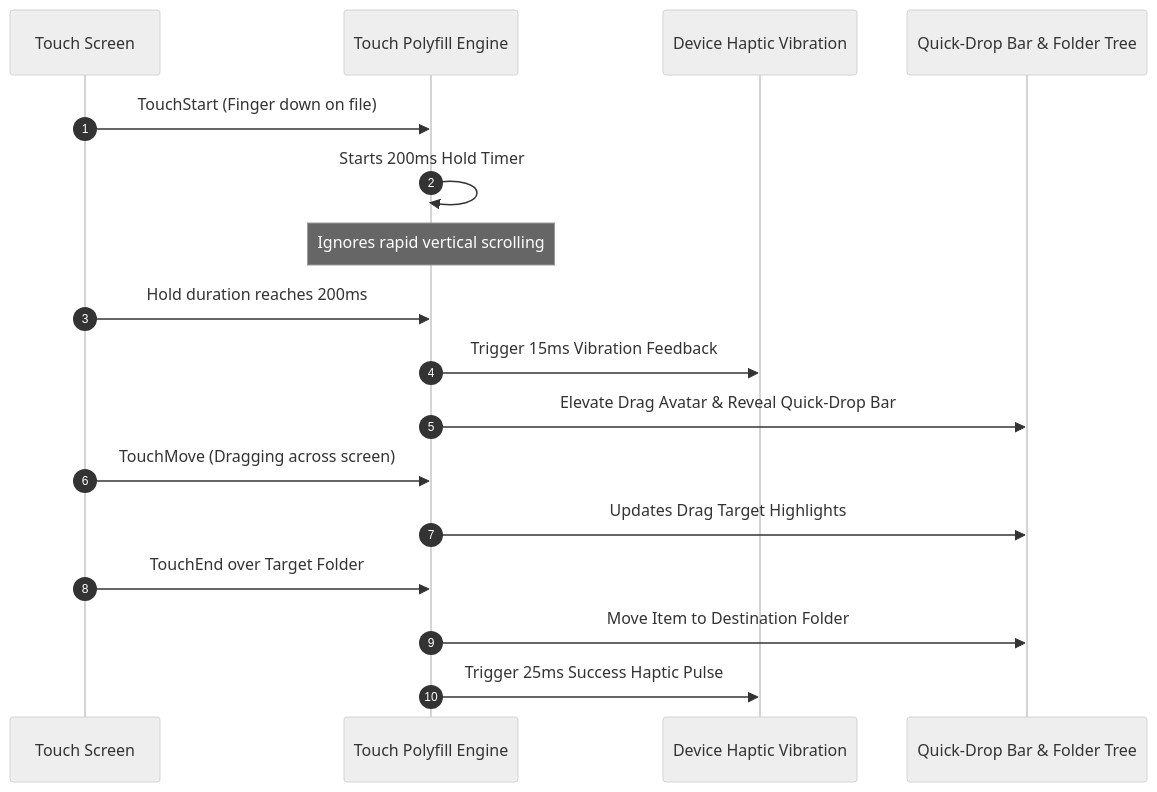
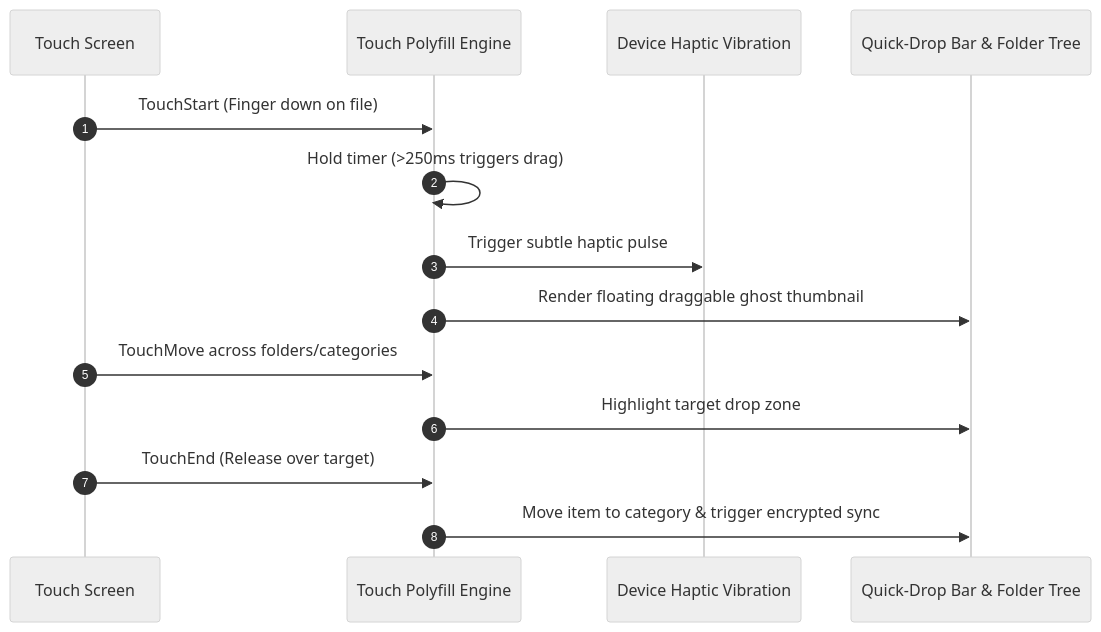
One commit to adadarsh23/vault changed the sixth of 6 diagrams in doc/client-features.md. Above: the diagram before and after it, drawn with Mermaid (neutral theme). The commit also changed other lines of this file and 2012 other files, not shown here.

````diff
--- a/doc/client-features.md
+++ b/doc/client-features.md
@@ -92,20 +213,17 @@
 ```mermaid
 sequenceDiagram
     autonumber
     participant Touch as Touch Screen
     participant Engine as Touch Polyfill Engine
     participant Haptic as Device Haptic Vibration
     participant UI as Quick-Drop Bar & Folder Tree
 
     Touch->>Engine: TouchStart (Finger down on file)
-    Engine->>Engine: Starts 200ms Hold Timer
-    Note over Engine: Ignores rapid vertical scrolling
-    Touch->>Engine: Hold duration reaches 200ms
-    Engine->>Haptic: Trigger 15ms Vibration Feedback
-    Engine->>UI: Elevate Drag Avatar & Reveal Quick-Drop Bar
-    Touch->>Engine: TouchMove (Dragging across screen)
-    Engine->>UI: Updates Drag Target Highlights
-    Touch->>Engine: TouchEnd over Target Folder
-    Engine->>UI: Move Item to Destination Folder
-    Engine->>Haptic: Trigger 25ms Success Haptic Pulse
+    Engine->>Engine: Hold timer (>250ms triggers drag)
+    Engine->>Haptic: Trigger subtle haptic pulse
+    Engine->>UI: Render floating draggable ghost thumbnail
+    Touch->>Engine: TouchMove across folders/categories
+    Engine->>UI: Highlight target drop zone
+    Touch->>Engine: TouchEnd (Release over target)
+    Engine->>UI: Move item to category & trigger encrypted sync
 ```
````
